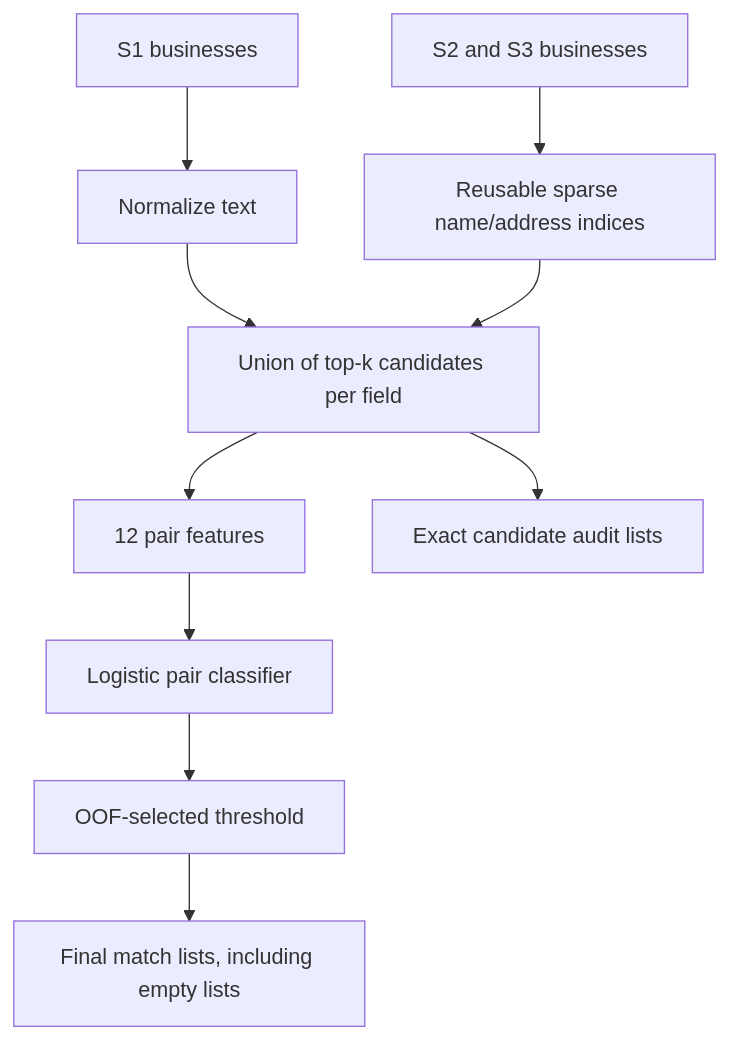
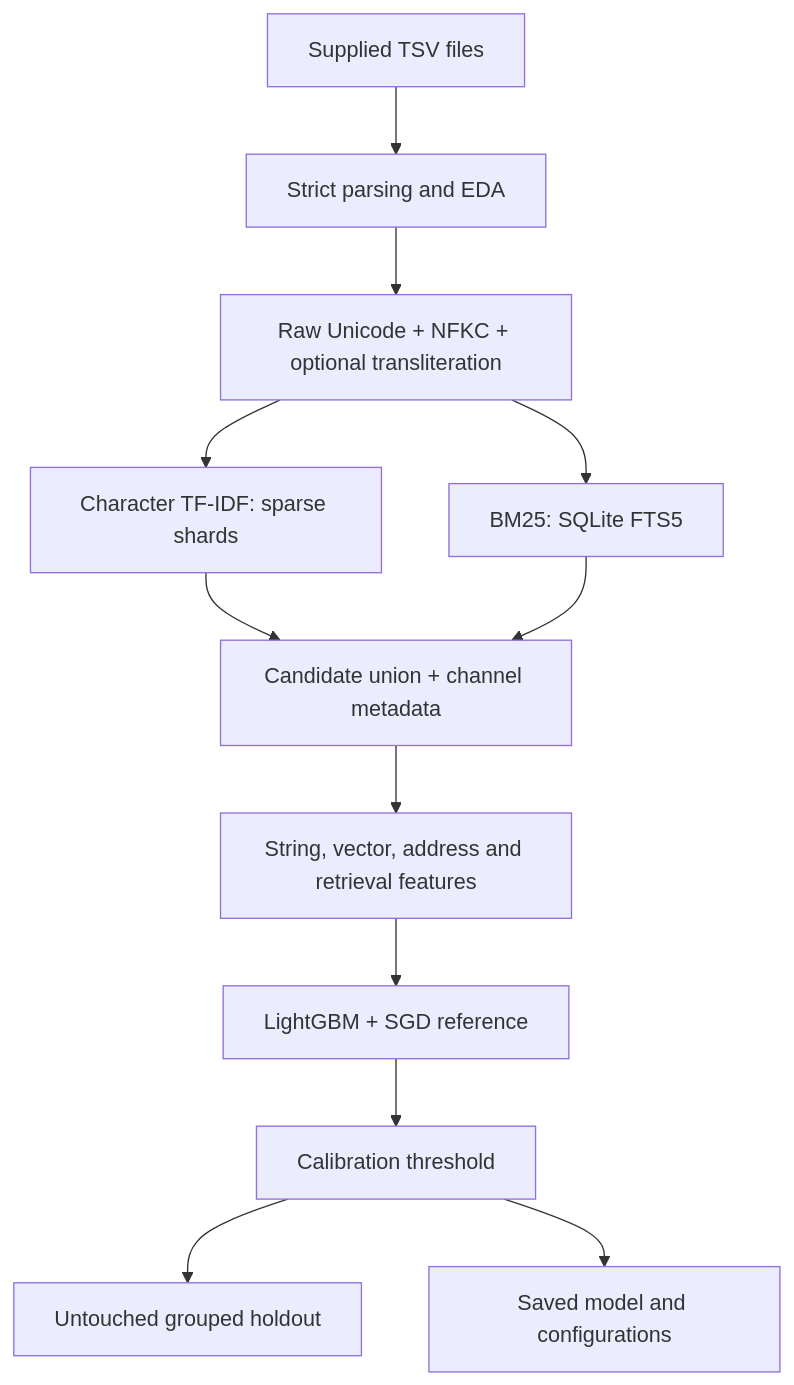
Before and after one commit to alisalmann7386-crypto/Amazon-ML-Challange-2026: the diagram in README.md, drawn with Mermaid. The commit also changed other lines of this file and 30 other files, not shown here.

````diff
--- a/README.md
+++ b/README.md
@@ -70,12 +13,14 @@
 ```mermaid
 flowchart TD
-    S1["S1 businesses"] --> N["Normalize text"]
-    T["S2 and S3 businesses"] --> I["Reusable sparse name/address indices"]
-    N --> C["Union of top-k candidates per field"]
-    I --> C
-    C --> F["12 pair features"]
-    F --> M["Logistic pair classifier"]
-    M --> D["OOF-selected threshold"]
-    D --> O["Final match lists, including empty lists"]
-    C --> A["Exact candidate audit lists"]
+    D["Supplied TSV files"] --> E["Strict parsing and EDA"]
+    E --> N["Raw Unicode + NFKC + optional transliteration"]
+    N --> T["Character TF-IDF: sparse shards"]
+    N --> B["BM25: SQLite FTS5"]
+    T --> U["Candidate union + channel metadata"]
+    B --> U
+    U --> F["String, vector, address and retrieval features"]
+    F --> L["LightGBM + SGD reference"]
+    L --> C["Calibration threshold"]
+    C --> H["Untouched grouped holdout"]
+    C --> M["Saved model and configurations"]
 ```
````
